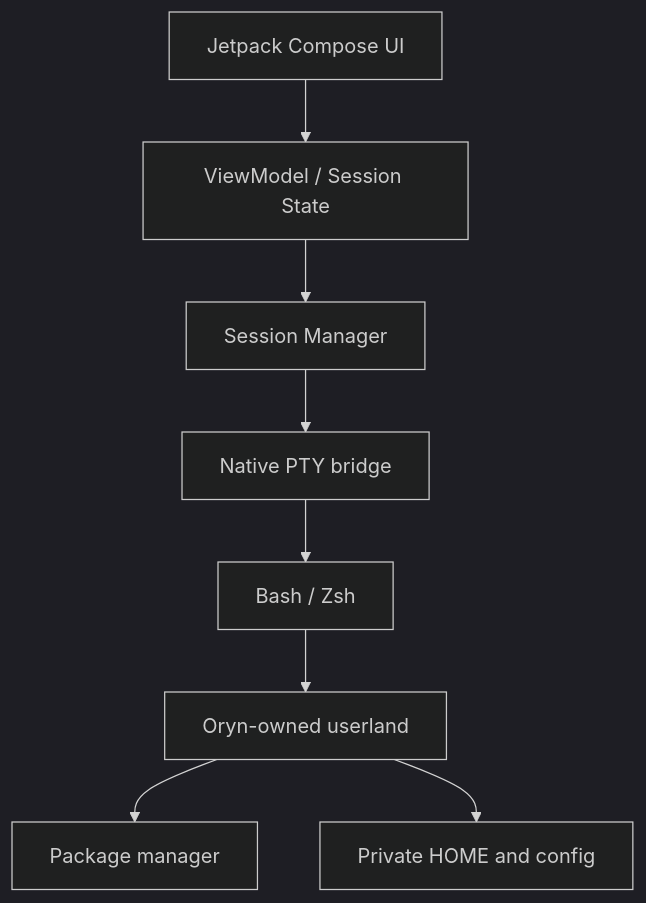
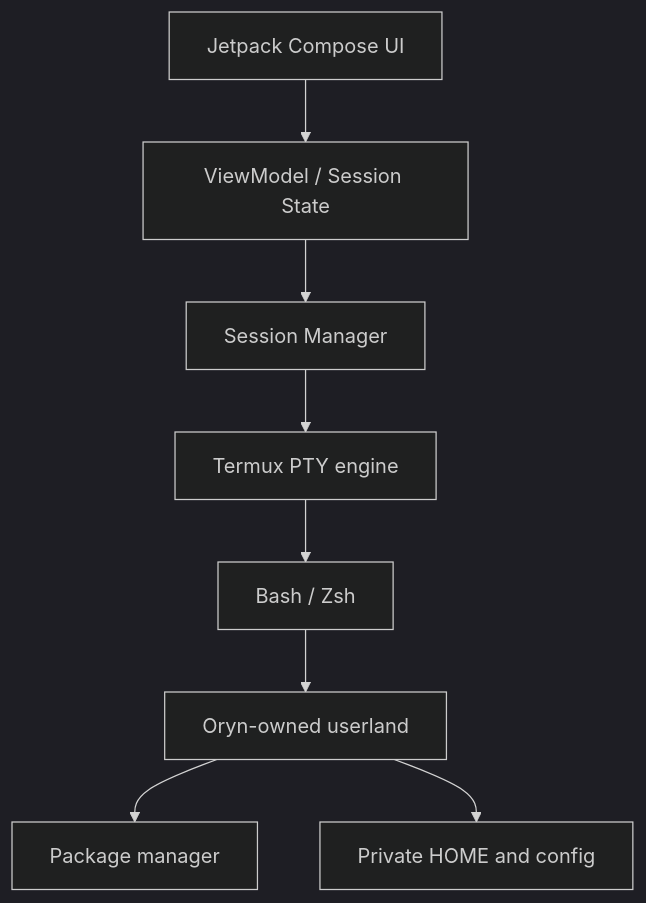
The diagram in README.md (ja3kies/Klyro-Shell), drawn with Mermaid (dark theme) before and after one commit. The commit also changed other lines of this file, not shown here.

Commit message:
Document OSC 52 clipboard hardening and terminal architecture

````diff
--- a/README.md
+++ b/README.md
@@ -133,10 +133,10 @@
 ```mermaid
 flowchart TD
     UI["Jetpack Compose UI"] --> VM["ViewModel / Session State"]
     VM --> SM["Session Manager"]
-    SM --> PTY["Native PTY bridge"]
+    SM --> PTY["Termux PTY engine"]
     PTY --> SHELL["Bash / Zsh"]
     SHELL --> ENV["Oryn-owned userland"]
     ENV --> PKG["Package manager"]
     ENV --> HOME["Private HOME and config"]
 ```
````
